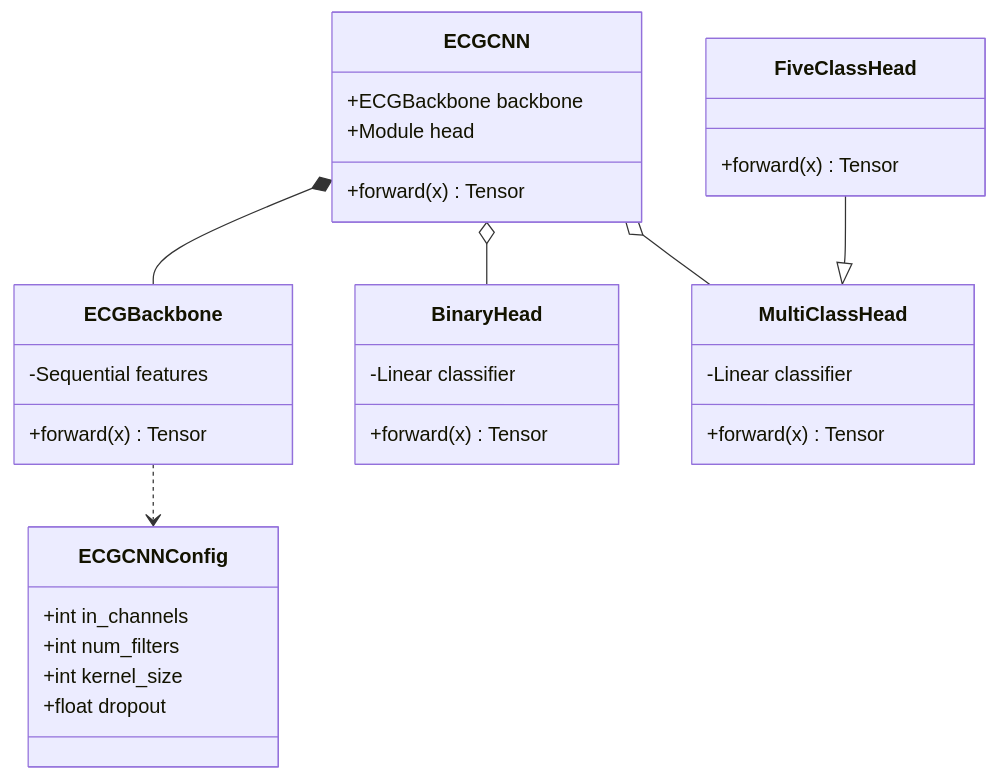
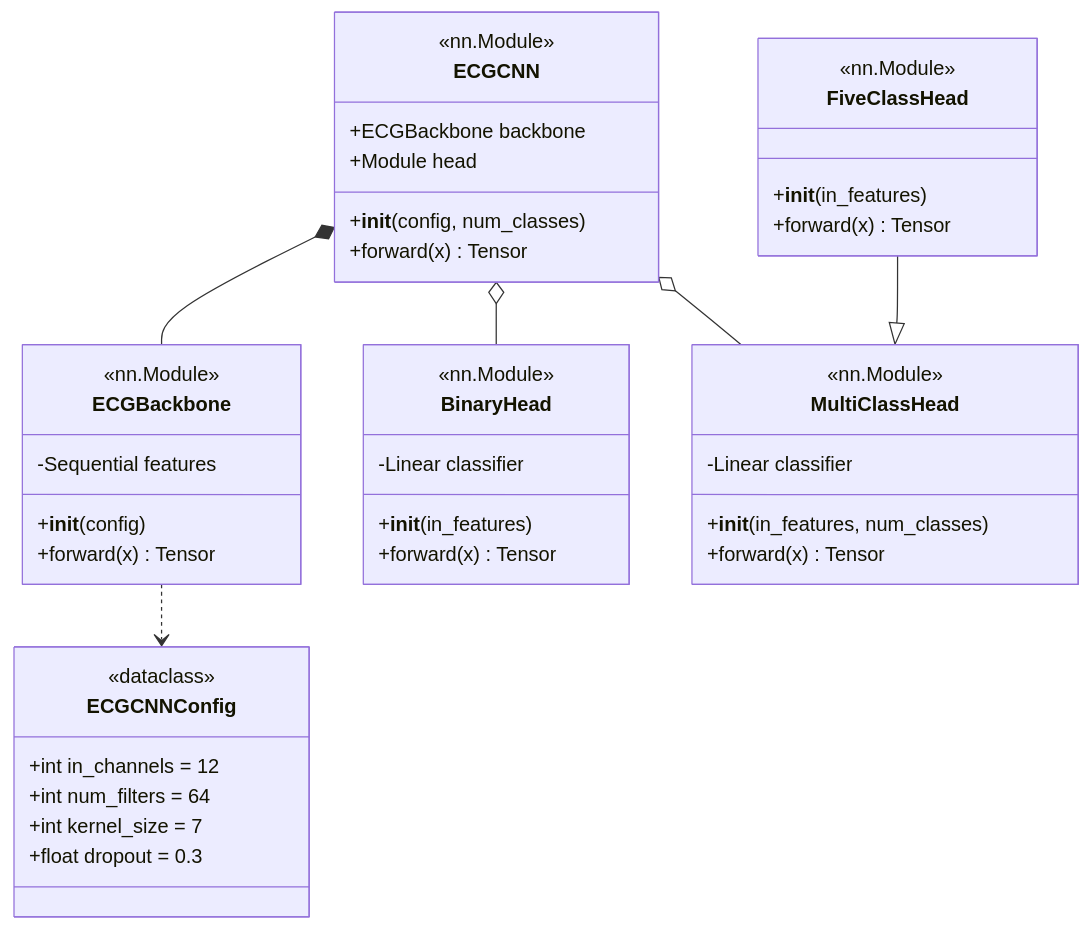
The first of 7 diagrams in docs/diagrams/03_class_diagram.md (mUsaulug/CardioGuard-AI), drawn with Mermaid before and after one commit. The commit also changed other lines of this file and 3 other files, not shown here.

````diff
--- a/docs/diagrams/03_class_diagram.md
+++ b/docs/diagrams/03_class_diagram.md
@@ -16,42 +28,53 @@
 ```mermaid
 classDiagram
     direction TB
     
     class ECGCNNConfig {
-        +int in_channels
-        +int num_filters
-        +int kernel_size
-        +float dropout
+        <<dataclass>>
+        +int in_channels = 12
+        +int num_filters = 64
+        +int kernel_size = 7
+        +float dropout = 0.3
     }
     
     class ECGBackbone {
+        <<nn.Module>>
         -Sequential features
+        +__init__(config)
         +forward(x) Tensor
     }
     
     class BinaryHead {
+        <<nn.Module>>
         -Linear classifier
+        +__init__(in_features)
         +forward(x) Tensor
     }
     
     class MultiClassHead {
+        <<nn.Module>>
         -Linear classifier
+        +__init__(in_features, num_classes)
         +forward(x) Tensor
     }
     
     class FiveClassHead {
+        <<nn.Module>>
+        +__init__(in_features)
         +forward(x) Tensor
     }
     
     class ECGCNN {
+        <<nn.Module>>
         +ECGBackbone backbone
         +Module head
+        +__init__(config, num_classes)
         +forward(x) Tensor
     }
     
     ECGBackbone ..> ECGCNNConfig
     ECGCNN *-- ECGBackbone
     ECGCNN o-- BinaryHead
     ECGCNN o-- MultiClassHead
     FiveClassHead --|> MultiClassHead
 ```
````
